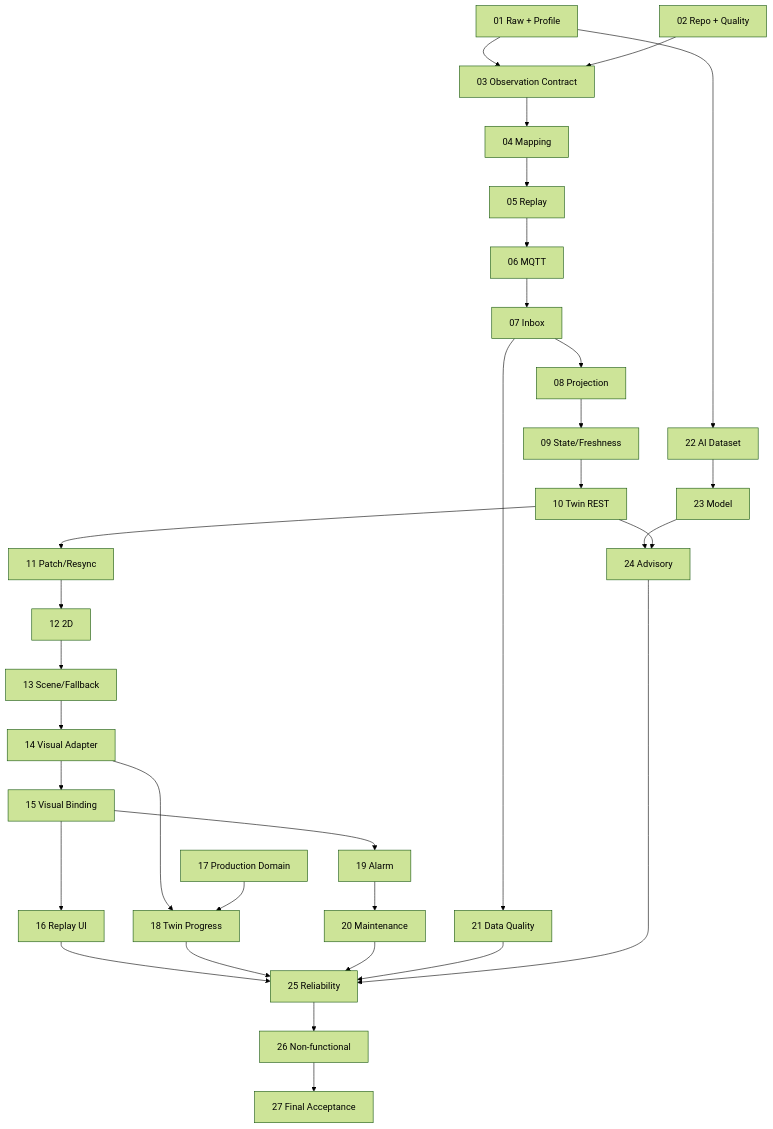
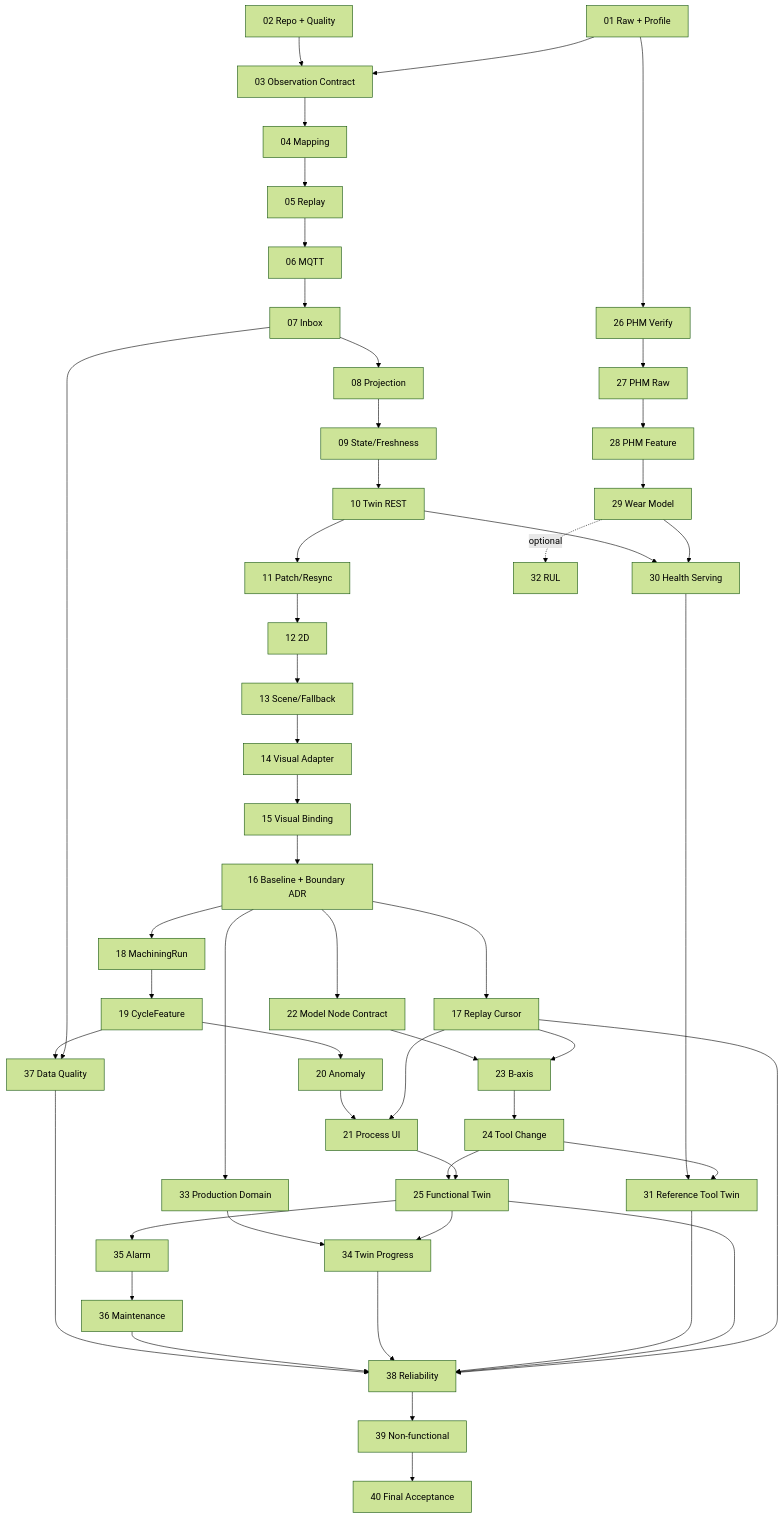
The diagram in docs/development/implementation-steps.md (hsjni0110/forge-sync), drawn with Mermaid (forest theme) before and after one commit. The commit also changed other lines of this file and 46 other files, not shown here.

First line of the commit message:
feat: complete visual twin baseline and analytics boundary

````diff
--- a/docs/development/implementation-steps.md
+++ b/docs/development/implementation-steps.md
@@ -680,34 +1023,54 @@
 ```mermaid
 flowchart TD
   S01[01 Raw + Profile] --> S03[03 Observation Contract]
   S02[02 Repo + Quality] --> S03
   S03 --> S04[04 Mapping]
   S04 --> S05[05 Replay]
   S05 --> S06[06 MQTT]
   S06 --> S07[07 Inbox]
   S07 --> S08[08 Projection]
   S08 --> S09[09 State/Freshness]
   S09 --> S10[10 Twin REST]
   S10 --> S11[11 Patch/Resync]
   S11 --> S12[12 2D]
   S12 --> S13[13 Scene/Fallback]
   S13 --> S14[14 Visual Adapter]
   S14 --> S15[15 Visual Binding]
-  S15 --> S16[16 Replay UI]
-  S14 --> S18[18 Twin Progress]
-  S17[17 Production Domain] --> S18
-  S15 --> S19[19 Alarm]
-  S19 --> S20[20 Maintenance]
-  S07 --> S21[21 Data Quality]
-  S01 --> S22[22 AI Dataset]
-  S22 --> S23[23 Model]
-  S23 --> S24[24 Advisory]
-  S10 --> S24
-  S16 --> S25[25 Reliability]
-  S18 --> S25
-  S20 --> S25
-  S21 --> S25
+  S15 --> S16[16 Baseline + Boundary ADR]
+  S16 --> S17[17 Replay Cursor]
+  S16 --> S18[18 MachiningRun]
+  S18 --> S19[19 CycleFeature]
+  S19 --> S20[20 Anomaly]
+  S17 --> S21[21 Process UI]
+  S20 --> S21
+  S16 --> S22[22 Model Node Contract]
+  S17 --> S23[23 B-axis]
+  S22 --> S23
+  S23 --> S24[24 Tool Change]
+  S21 --> S25[25 Functional Twin]
   S24 --> S25
-  S25 --> S26[26 Non-functional]
-  S26 --> S27[27 Final Acceptance]
+  S01 --> S26[26 PHM Verify]
+  S26 --> S27[27 PHM Raw]
+  S27 --> S28[28 PHM Feature]
+  S28 --> S29[29 Wear Model]
+  S29 --> S30[30 Health Serving]
+  S10 --> S30
+  S24 --> S31[31 Reference Tool Twin]
+  S30 --> S31
+  S29 -. optional .-> S32[32 RUL]
+  S16 --> S33[33 Production Domain]
+  S25 --> S34[34 Twin Progress]
+  S33 --> S34
+  S25 --> S35[35 Alarm]
+  S35 --> S36[36 Maintenance]
+  S07 --> S37[37 Data Quality]
+  S19 --> S37
+  S17 --> S38[38 Reliability]
+  S25 --> S38
+  S31 --> S38
+  S34 --> S38
+  S36 --> S38
+  S37 --> S38
+  S38 --> S39[39 Non-functional]
+  S39 --> S40[40 Final Acceptance]
 ```
````
